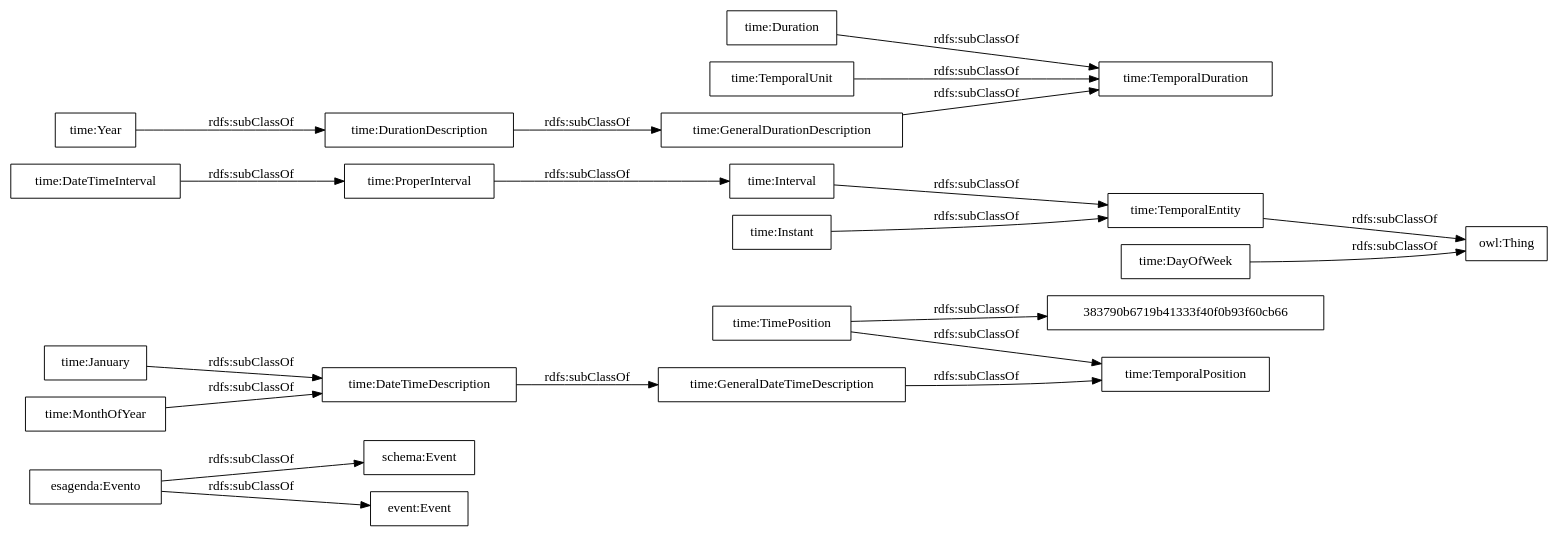
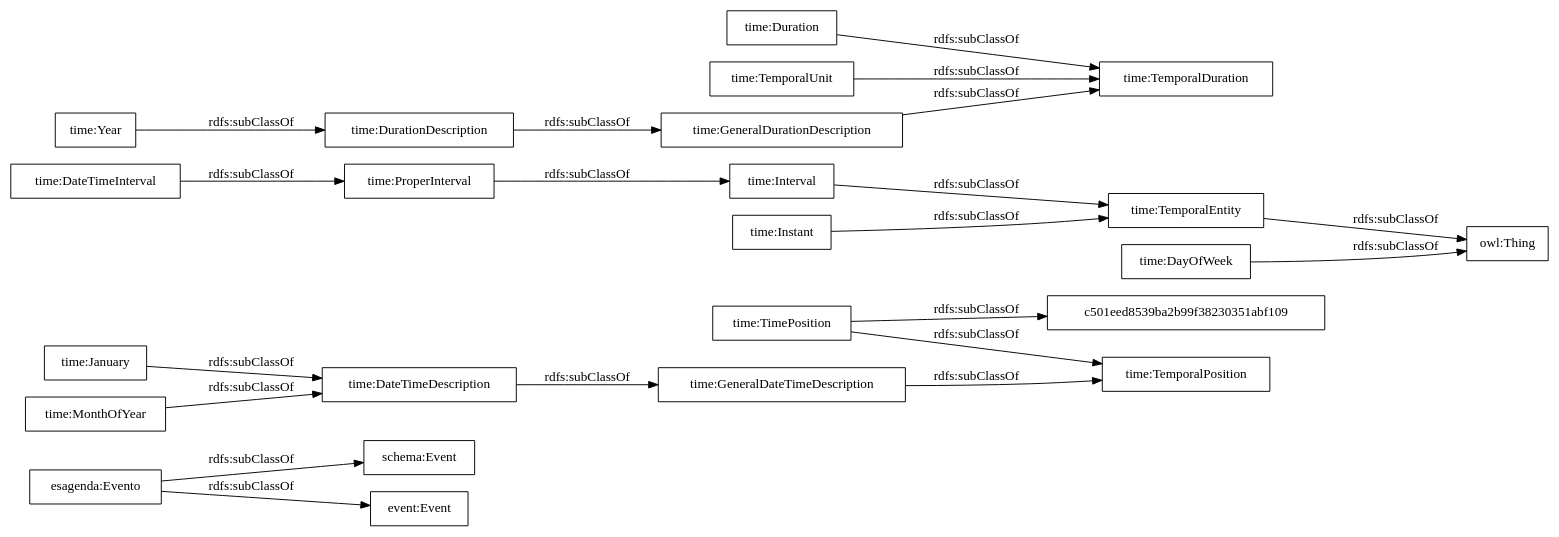
One commit to OnToologyUser/submodules changed the diagram in OnToology/cultura-ocio-agenda-eventos-actividades/agenda.owl/diagrams/ar2dtool-taxonomy/agenda.owl.png.dot. Above: the diagram before and after it, drawn with Graphviz. The commit also changed 26 other files, not shown here.

```diff
--- a/OnToology/cultura-ocio-agenda-eventos-actividades/agenda.owl/diagrams/ar2dtool-taxonomy/agenda.owl.png.dot
+++ b/OnToology/cultura-ocio-agenda-eventos-actividades/agenda.owl/diagrams/ar2dtool-taxonomy/agenda.owl.png.dot
@@ -1,25 +1,25 @@
 digraph ar2dtool_diagram { 
 rankdir=LR;
 size="1000"
-node [shape = rectangle, color="black"]; "esagenda:Evento" "schema:Event" "event:Event" "time:GeneralDateTimeDescription" "time:DateTimeInterval" "time:DurationDescription" "time:TemporalDuration" "time:Duration" "time:GeneralDurationDescription" "time:January" "time:ProperInterval" "time:TimePosition" "time:TemporalPosition" "time:Interval" "time:TemporalEntity" "time:Year" "time:MonthOfYear" "383790b6719b41333f40f0b93f60cb66" "time:DateTimeDescription" "time:TemporalUnit" "time:Instant" "time:DayOfWeek" ; /*classes style*/
+node [shape = rectangle, color="black"]; "esagenda:Evento" "schema:Event" "event:Event" "time:GeneralDateTimeDescription" "time:DateTimeInterval" "time:DurationDescription" "time:TemporalDuration" "time:Duration" "time:GeneralDurationDescription" "time:January" "time:ProperInterval" "time:TimePosition" "time:TemporalPosition" "time:Interval" "time:TemporalEntity" "time:Year" "time:MonthOfYear" "time:DateTimeDescription" "c501eed8539ba2b99f38230351abf109" "time:TemporalUnit" "time:Instant" "time:DayOfWeek" ; /*classes style*/
 	"time:TemporalEntity" -> "owl:Thing" [ label = "rdfs:subClassOf" ];
 	"time:DateTimeInterval" -> "time:ProperInterval" [ label = "rdfs:subClassOf" ];
 	"time:DayOfWeek" -> "owl:Thing" [ label = "rdfs:subClassOf" ];
 	"time:TemporalUnit" -> "time:TemporalDuration" [ label = "rdfs:subClassOf" ];
 	"time:Year" -> "time:DurationDescription" [ label = "rdfs:subClassOf" ];
 	"time:Interval" -> "time:TemporalEntity" [ label = "rdfs:subClassOf" ];
 	"time:MonthOfYear" -> "time:DateTimeDescription" [ label = "rdfs:subClassOf" ];
 	"time:GeneralDurationDescription" -> "time:TemporalDuration" [ label = "rdfs:subClassOf" ];
 	"time:GeneralDateTimeDescription" -> "time:TemporalPosition" [ label = "rdfs:subClassOf" ];
 	"time:DateTimeDescription" -> "time:GeneralDateTimeDescription" [ label = "rdfs:subClassOf" ];
 	"time:DurationDescription" -> "time:GeneralDurationDescription" [ label = "rdfs:subClassOf" ];
-	"time:TimePosition" -> "383790b6719b41333f40f0b93f60cb66" [ label = "rdfs:subClassOf" ];
+	"time:TimePosition" -> "c501eed8539ba2b99f38230351abf109" [ label = "rdfs:subClassOf" ];
 	"time:TimePosition" -> "time:TemporalPosition" [ label = "rdfs:subClassOf" ];
 	"time:January" -> "time:DateTimeDescription" [ label = "rdfs:subClassOf" ];
 	"time:ProperInterval" -> "time:Interval" [ label = "rdfs:subClassOf" ];
 	"time:Instant" -> "time:TemporalEntity" [ label = "rdfs:subClassOf" ];
 	"esagenda:Evento" -> "schema:Event" [ label = "rdfs:subClassOf" ];
 	"esagenda:Evento" -> "event:Event" [ label = "rdfs:subClassOf" ];
 	"time:Duration" -> "time:TemporalDuration" [ label = "rdfs:subClassOf" ];
 
 }
```
